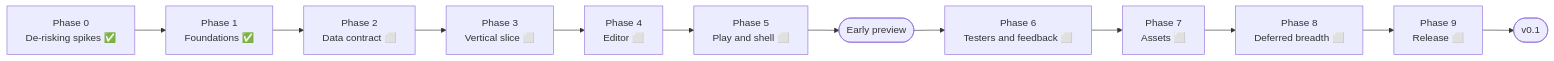
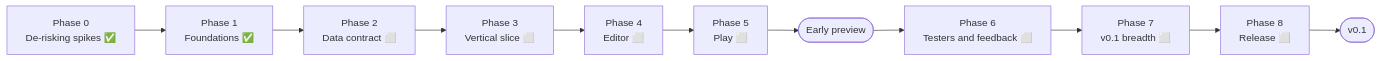
The diagram in docs/phases.md (salah-rashad/flame_studio), drawn with Mermaid before and after one commit. The commit also changed other lines of this file and 2 other files, not shown here.

````diff
--- a/docs/phases.md
+++ b/docs/phases.md
@@ -19,14 +22,13 @@
 ```mermaid
 flowchart LR
   P0["Phase 0<br/>De-risking spikes ✅"] --> P1["Phase 1<br/>Foundations ✅"]
   P1 --> P2["Phase 2<br/>Data contract ⬜"]
   P2 --> P3["Phase 3<br/>Vertical slice ⬜"]
   P3 --> P4["Phase 4<br/>Editor ⬜"]
-  P4 --> P5["Phase 5<br/>Play and shell ⬜"]
+  P4 --> P5["Phase 5<br/>Play ⬜"]
   P5 --> M1(["Early preview"])
   M1 --> P6["Phase 6<br/>Testers and feedback ⬜"]
-  P6 --> P7["Phase 7<br/>Assets ⬜"]
-  P7 --> P8["Phase 8<br/>Deferred breadth ⬜"]
-  P8 --> P9["Phase 9<br/>Release ⬜"]
-  P9 --> M2(["v0.1"])
+  P6 --> P7["Phase 7<br/>v0.1 breadth ⬜"]
+  P7 --> P8["Phase 8<br/>Release ⬜"]
+  P8 --> M2(["v0.1"])
 ```
````
